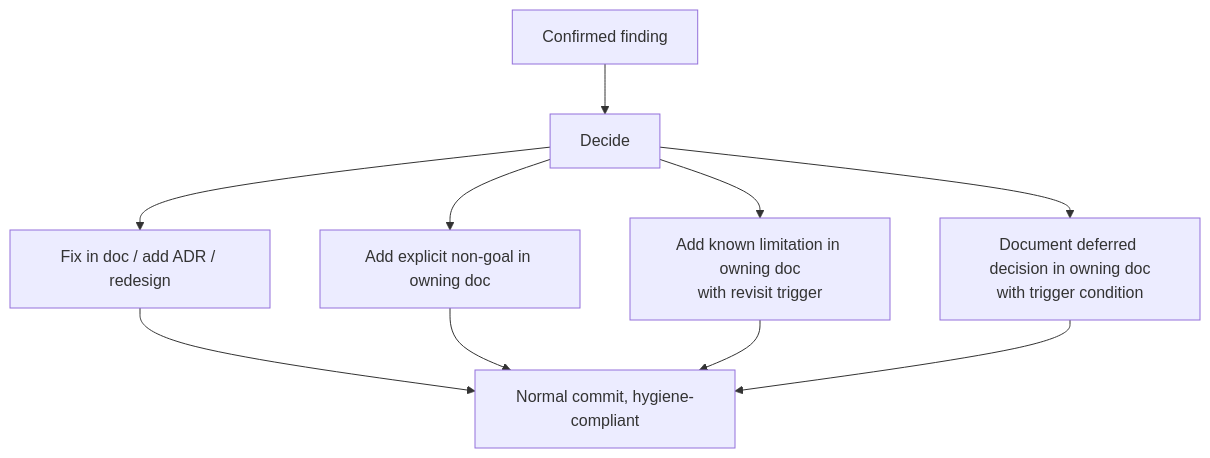
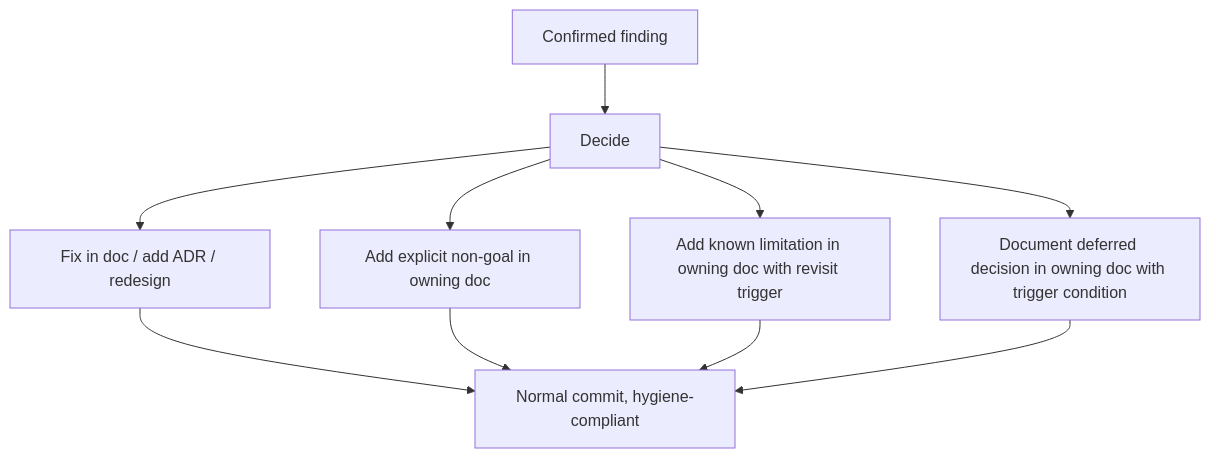
The diagram in procedure/action-discipline.md (1qh/lens), drawn with Mermaid before and after one commit. The commit also changed 4 other files, not shown here.

Commit message:
fix mermaid: drop br tags, breaks GitHub renderer

````diff
--- a/procedure/action-discipline.md
+++ b/procedure/action-discipline.md
@@ -5,12 +5,12 @@
 ```mermaid
 flowchart TD
     Finding[Confirmed finding] --> Decide
     Decide --> Fix[Fix in doc / add ADR / redesign]
     Decide --> NonGoal[Add explicit non-goal in owning doc]
-    Decide --> Limitation[Add known limitation in owning doc<br/>with revisit trigger]
-    Decide --> Deferred[Document deferred decision in owning doc<br/>with trigger condition]
+    Decide --> Limitation[Add known limitation in owning doc with revisit trigger]
+    Decide --> Deferred[Document deferred decision in owning doc with trigger condition]
     Fix --> Commit[Normal commit, hygiene-compliant]
     NonGoal --> Commit
     Limitation --> Commit
     Deferred --> Commit
 ```
````
